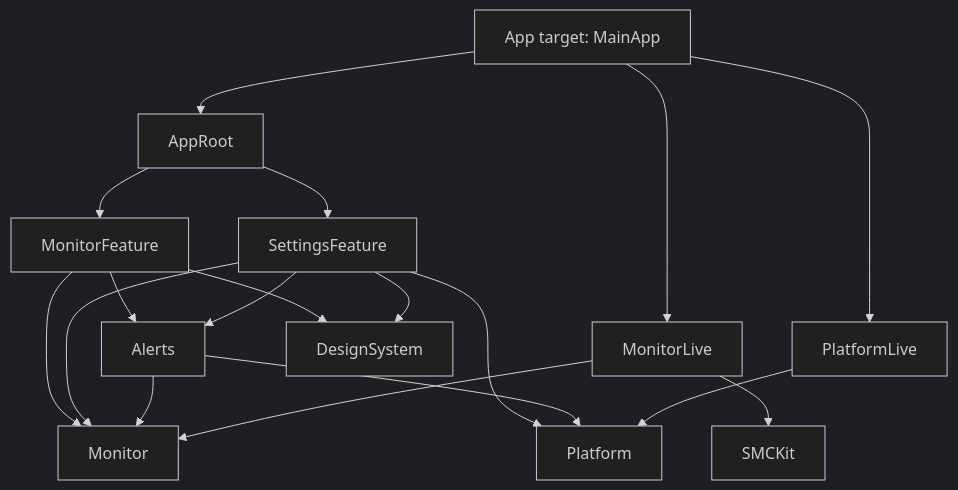
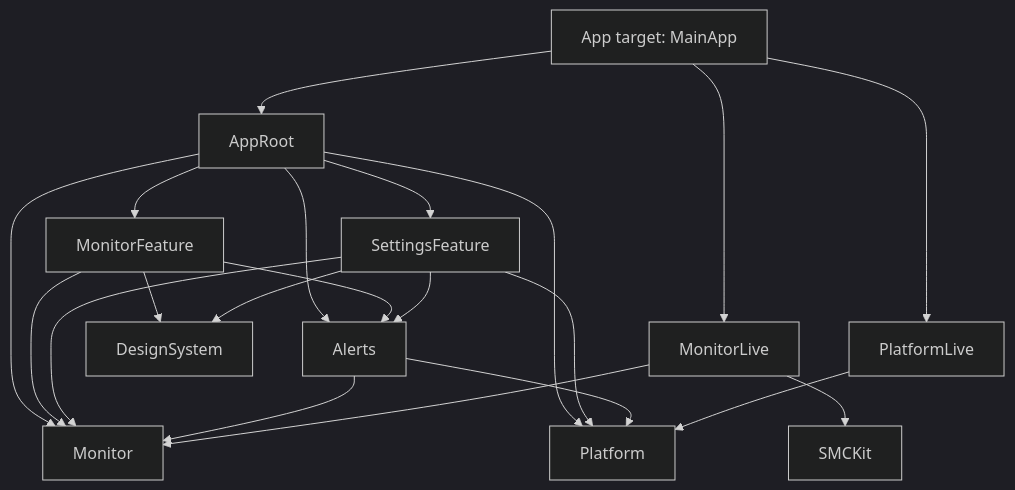
One commit to chengzi-io/macos-swiftui-spm-template changed the second of 5 diagrams in docs/ARCHITECTURE.md. Above: the diagram before and after it, drawn with Mermaid (dark theme). The commit also changed other lines of this file and 4 other files, not shown here.

````diff
--- a/docs/ARCHITECTURE.md
+++ b/docs/ARCHITECTURE.md
@@ -78,20 +80,23 @@
 ```mermaid
 flowchart TB
     App["App target: MainApp"] --> AppRoot
     App --> MonitorLive
     App --> PlatformLive
     AppRoot --> MonitorFeature
     AppRoot --> SettingsFeature
+    AppRoot --> Monitor
+    AppRoot --> Alerts
+    AppRoot --> Platform
     MonitorFeature --> Monitor
     MonitorFeature --> Alerts
     SettingsFeature --> Monitor
     SettingsFeature --> Alerts
     SettingsFeature --> Platform
     MonitorFeature --> DesignSystem
     SettingsFeature --> DesignSystem
     Alerts --> Monitor
     Alerts --> Platform
     MonitorLive --> Monitor
     MonitorLive --> SMCKit
     PlatformLive --> Platform
 ```
````
